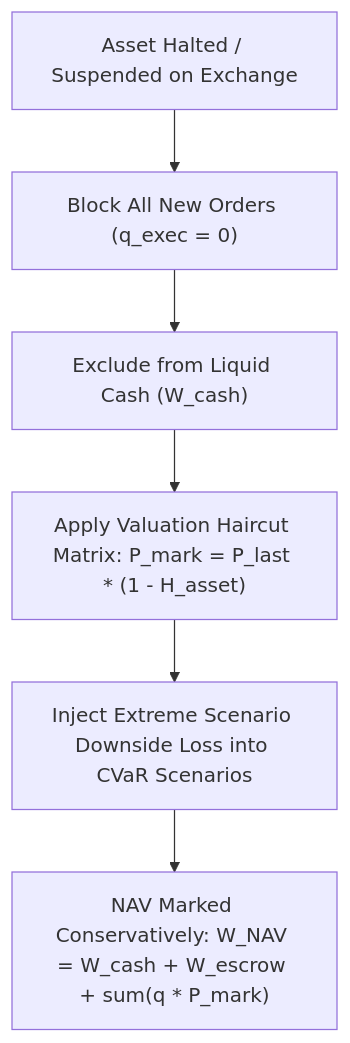
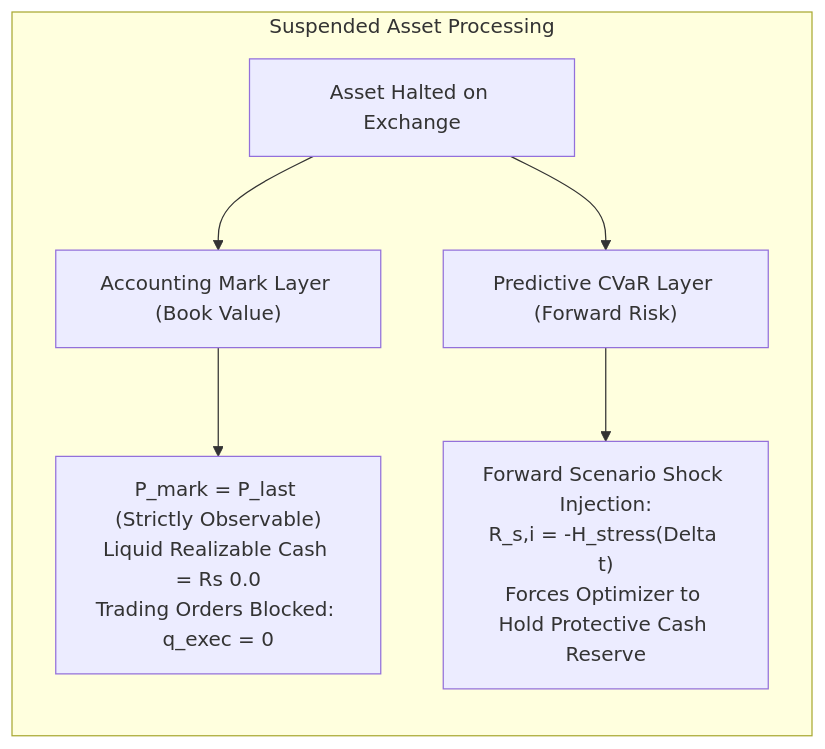
The second of 4 diagrams in README.md (2k25it2514261-cloud/alphaniti), drawn with Mermaid before and after one commit. The commit also changed other lines of this file, not shown here.

````diff
--- a/README.md
+++ b/README.md
@@ -103,8 +133,10 @@
 ```mermaid
-flowchart TD
-    A["Asset Halted / Suspended on Exchange"] --> B["Block All New Orders (q_exec = 0)"]
-    B --> C["Exclude from Liquid Cash (W_cash)"]
-    C --> D["Apply Valuation Haircut Matrix: P_mark = P_last * (1 - H_asset)"]
-    D --> E["Inject Extreme Scenario Downside Loss into CVaR Scenarios"]
-    E --> F["NAV Marked Conservatively: W_NAV = W_cash + W_escrow + sum(q * P_mark)"]
+flowchart LR
+    subgraph Suspended Asset Processing
+        A["Asset Halted on Exchange"] --> B["Accounting Mark Layer (Book Value)"]
+        A --> C["Predictive CVaR Layer (Forward Risk)"]
+        
+        B --> D["P_mark = P_last (Strictly Observable)<br>Liquid Realizable Cash = Rs 0.0<br>Trading Orders Blocked: q_exec = 0"]
+        C --> E["Forward Scenario Shock Injection:<br>R_s,i = -H_stress(Delta t)<br>Forces Optimizer to Hold Protective Cash Reserve"]
+    end
 ```
````
